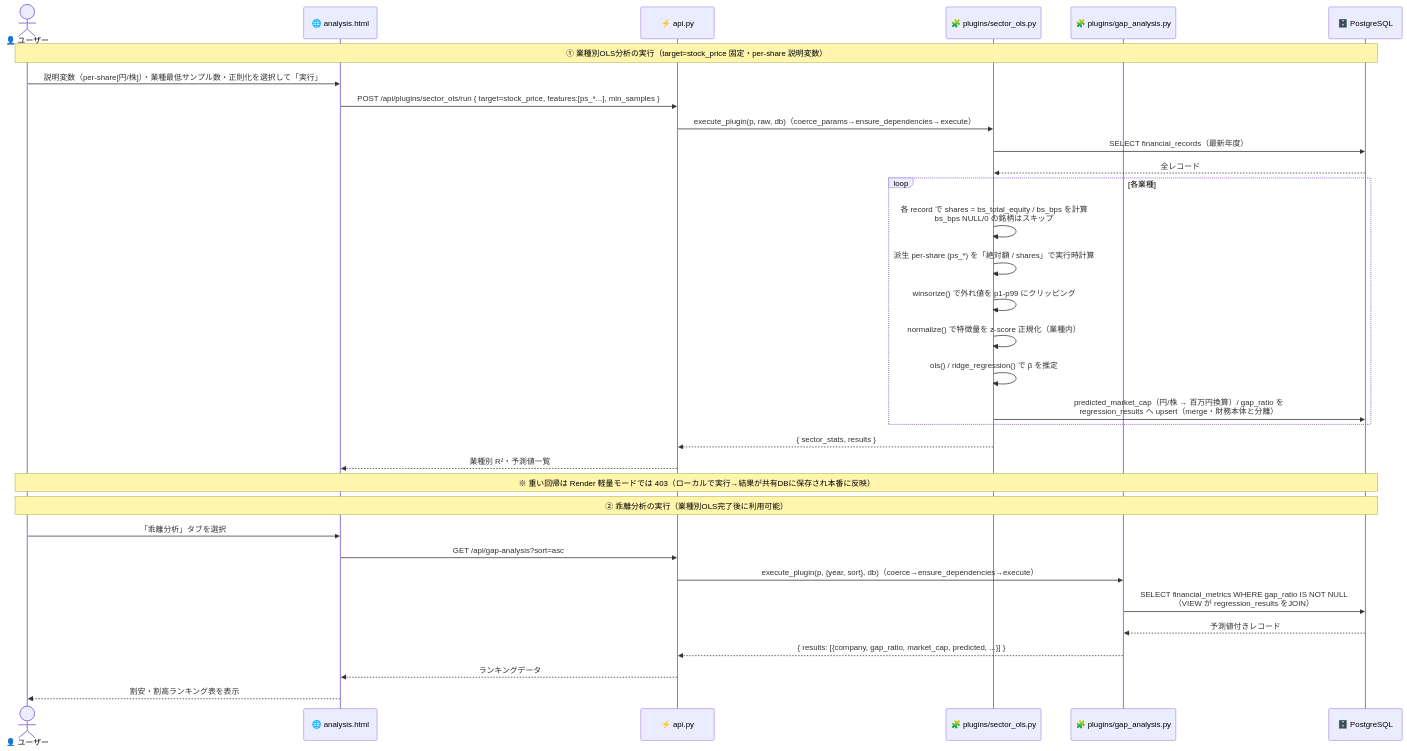
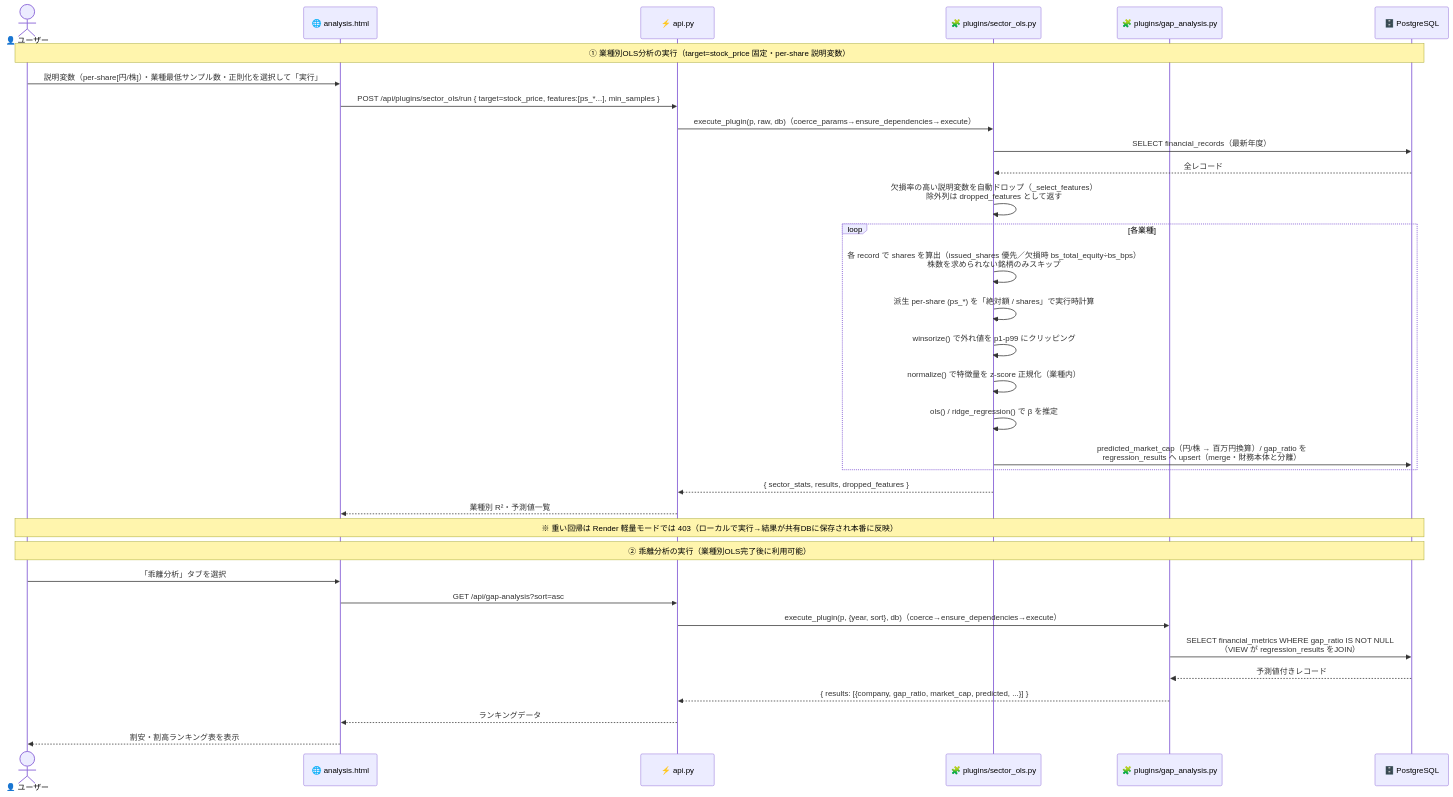
The sixth of 12 diagrams in docs/ARCHITECTURE.md (kome-kome/financial_app), drawn with Mermaid before and after one commit. The commit also changed 5 other files, not shown here.

````diff
--- a/docs/ARCHITECTURE.md
+++ b/docs/ARCHITECTURE.md
@@ -449,41 +449,42 @@
 ```mermaid
 sequenceDiagram
     actor       User  as 👤 ユーザー
     participant UI    as 🌐 analysis.html
     participant API   as ⚡ api.py
     participant PLG   as 🧩 plugins/sector_ols.py
     participant GAP   as 🧩 plugins/gap_analysis.py
     participant DB    as 🗄️ PostgreSQL
 
     Note over User,DB: ① 業種別OLS分析の実行（target=stock_price 固定・per-share 説明変数）
     User ->> UI  : 説明変数（per-share[円/株]）・業種最低サンプル数・正則化を選択して「実行」
     UI   ->> API : POST /api/plugins/sector_ols/run { target=stock_price, features:[ps_*...], min_samples }
     API  ->> PLG : execute_plugin(p, raw, db)（coerce_params→ensure_dependencies→execute）
 
     PLG  ->> DB  : SELECT financial_records（最新年度）
     DB  -->> PLG : 全レコード
 
+    PLG  ->> PLG : 欠損率の高い説明変数を自動ドロップ（_select_features）<br/>除外列は dropped_features として返す
     loop 各業種
-        PLG  ->> PLG : 各 record で shares = bs_total_equity / bs_bps を計算<br/>bs_bps NULL/0 の銘柄はスキップ
+        PLG  ->> PLG : 各 record で shares を算出（issued_shares 優先／欠損時 bs_total_equity÷bs_bps）<br/>株数を求められない銘柄のみスキップ
         PLG  ->> PLG : 派生 per-share (ps_*) を「絶対額 / shares」で実行時計算
         PLG  ->> PLG : winsorize() で外れ値を p1-p99 にクリッピング
         PLG  ->> PLG : normalize() で特徴量を z-score 正規化（業種内）
         PLG  ->> PLG : ols() / ridge_regression() で β を推定
         PLG  ->> DB  : predicted_market_cap（円/株 → 百万円換算）/ gap_ratio を<br/>regression_results へ upsert（merge・財務本体と分離）
     end
 
-    PLG -->> API : { sector_stats, results }
+    PLG -->> API : { sector_stats, results, dropped_features }
     API -->> UI  : 業種別 R²・予測値一覧
 
     Note over User,DB: ※ 重い回帰は Render 軽量モードでは 403（ローカルで実行→結果が共有DBに保存され本番に反映）
 
     Note over User,DB: ② 乖離分析の実行（業種別OLS完了後に利用可能）
     User ->> UI  : 「乖離分析」タブを選択
     UI   ->> API : GET /api/gap-analysis?sort=asc
     API  ->> GAP : execute_plugin(p, {year, sort}, db)（coerce→ensure_dependencies→execute）
     GAP  ->> DB  : SELECT financial_metrics WHERE gap_ratio IS NOT NULL<br/>（VIEW が regression_results をJOIN）
     DB  -->> GAP : 予測値付きレコード
     GAP -->> API : { results: [{company, gap_ratio, market_cap, predicted, ...}] }
     API -->> UI  : ランキングデータ
     UI  -->> User: 割安・割高ランキング表を表示
 ```
````
